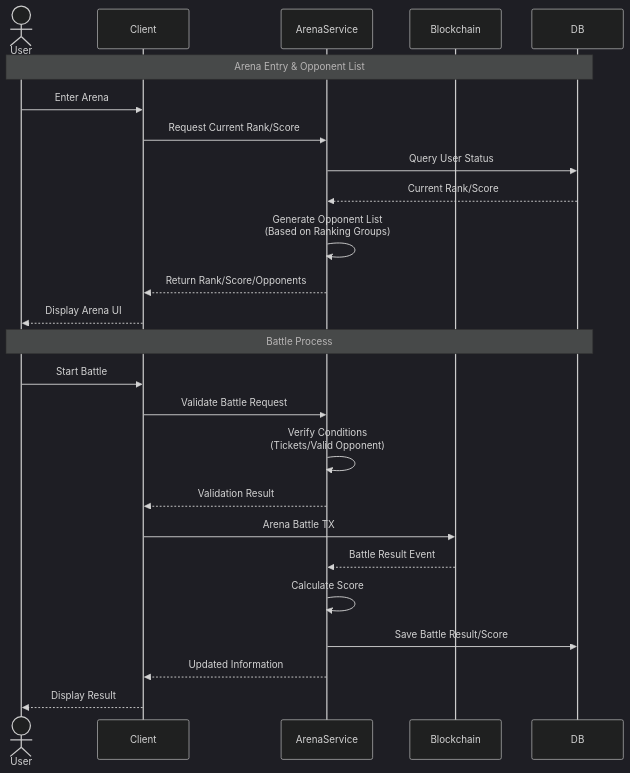
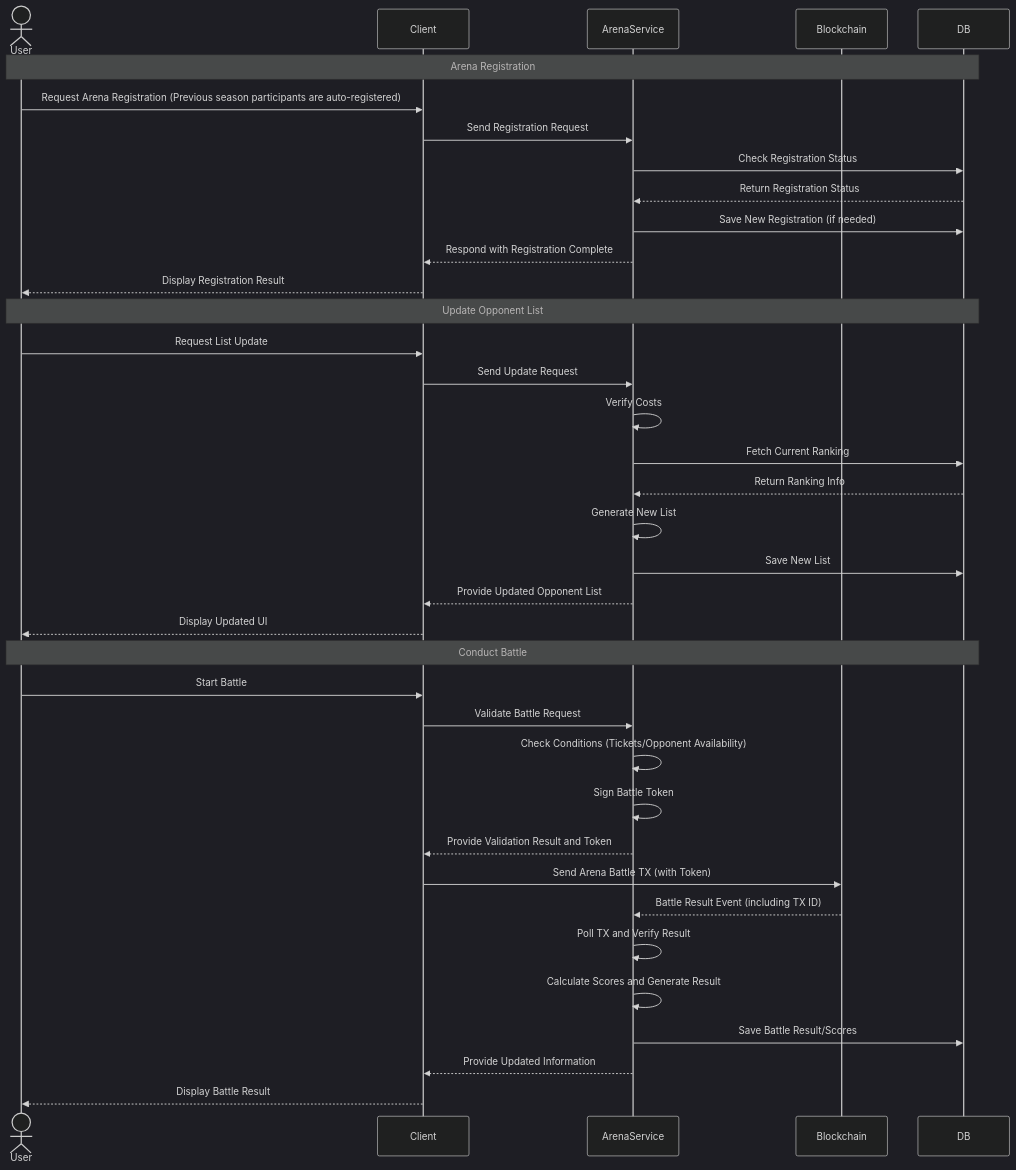
The diagram in README.md (planetarium/ArenaService), drawn with Mermaid (dark theme) before and after one commit. The commit also changed 1 other file, not shown here.

Commit message:
Update System Architecture

````diff
--- a/README.md
+++ b/README.md
@@ -9,29 +9,42 @@
 ```mermaid
 sequenceDiagram
     actor User
     participant Client
     participant ArenaService
     participant Blockchain
     participant DB
 
-    Note over User,DB: Arena Entry & Opponent List
-    User->>Client: Enter Arena
-    Client->>ArenaService: Request Current Rank/Score
-    ArenaService->>DB: Query User Status
-    DB-->>ArenaService: Current Rank/Score
-    ArenaService->>ArenaService: Generate Opponent List<br>(Based on Ranking Groups)
-    ArenaService-->>Client: Return Rank/Score/Opponents
-    Client-->>User: Display Arena UI
+    Note over User,DB: Arena Registration
+    User->>Client: Request Arena Registration (Previous season participants are auto-registered)
+    Client->>ArenaService: Send Registration Request
+    ArenaService->>DB: Check Registration Status
+    DB-->>ArenaService: Return Registration Status
+    ArenaService->>DB: Save New Registration (if needed)
+    ArenaService-->>Client: Respond with Registration Complete
+    Client-->>User: Display Registration Result
 
-    Note over User,DB: Battle Process
+    Note over User,DB: Update Opponent List
+    User->>Client: Request List Update
+    Client->>ArenaService: Send Update Request
+    ArenaService->>ArenaService: Verify Costs
+    ArenaService->>DB: Fetch Current Ranking
+    DB-->>ArenaService: Return Ranking Info
+    ArenaService->>ArenaService: Generate New List
+    ArenaService->>DB: Save New List
+    ArenaService-->>Client: Provide Updated Opponent List
+    Client-->>User: Display Updated UI
+
+    Note over User,DB: Conduct Battle
     User->>Client: Start Battle
     Client->>ArenaService: Validate Battle Request
-    ArenaService->>ArenaService: Verify Conditions<br>(Tickets/Valid Opponent)
-    ArenaService-->>Client: Validation Result
-    Client->>Blockchain: Arena Battle TX
-    Blockchain-->>ArenaService: Battle Result Event
-    ArenaService->>ArenaService: Calculate Score
-    ArenaService->>DB: Save Battle Result/Score
-    ArenaService-->>Client: Updated Information
-    Client-->>User: Display Result
+    ArenaService->>ArenaService: Check Conditions (Tickets/Opponent Availability)
+    ArenaService->>ArenaService: Sign Battle Token
+    ArenaService-->>Client: Provide Validation Result and Token
+    Client->>Blockchain: Send Arena Battle TX (with Token)
+    Blockchain-->>ArenaService: Battle Result Event (including TX ID)
+    ArenaService->>ArenaService: Poll TX and Verify Result
+    ArenaService->>ArenaService: Calculate Scores and Generate Result
+    ArenaService->>DB: Save Battle Result/Scores
+    ArenaService-->>Client: Provide Updated Information
+    Client-->>User: Display Battle Result
 ```
````
